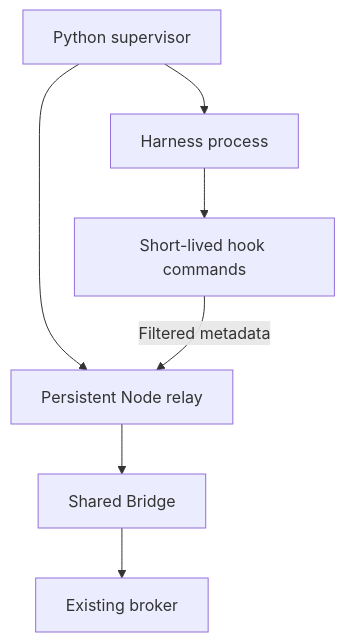
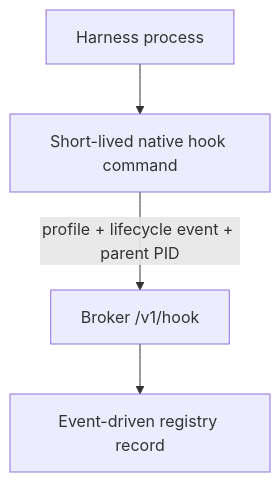
Before and after one commit to darkmatter2222/AgentDeck: the second of 2 diagrams in docs/ARCHITECTURE.md, drawn with Mermaid. The commit also changed other lines of this file and 19 other files, not shown here.

````diff
--- a/docs/ARCHITECTURE.md
+++ b/docs/ARCHITECTURE.md
@@ -43,9 +36,6 @@
 ```mermaid
 flowchart TD
-    S["Python supervisor"] --> A["Harness process"]
-    S --> R["Persistent Node relay"]
-    A --> H["Short-lived hook commands"]
-    H -->|"Filtered metadata"| R
-    R --> C["Shared Bridge"]
-    C --> B["Existing broker"]
+    A["Harness process"] --> H["Short-lived native hook command"]
+    H -->|"profile + lifecycle event + parent PID"| B["Broker /v1/hook"]
+    B --> R["Event-driven registry record"]
 ```
````
